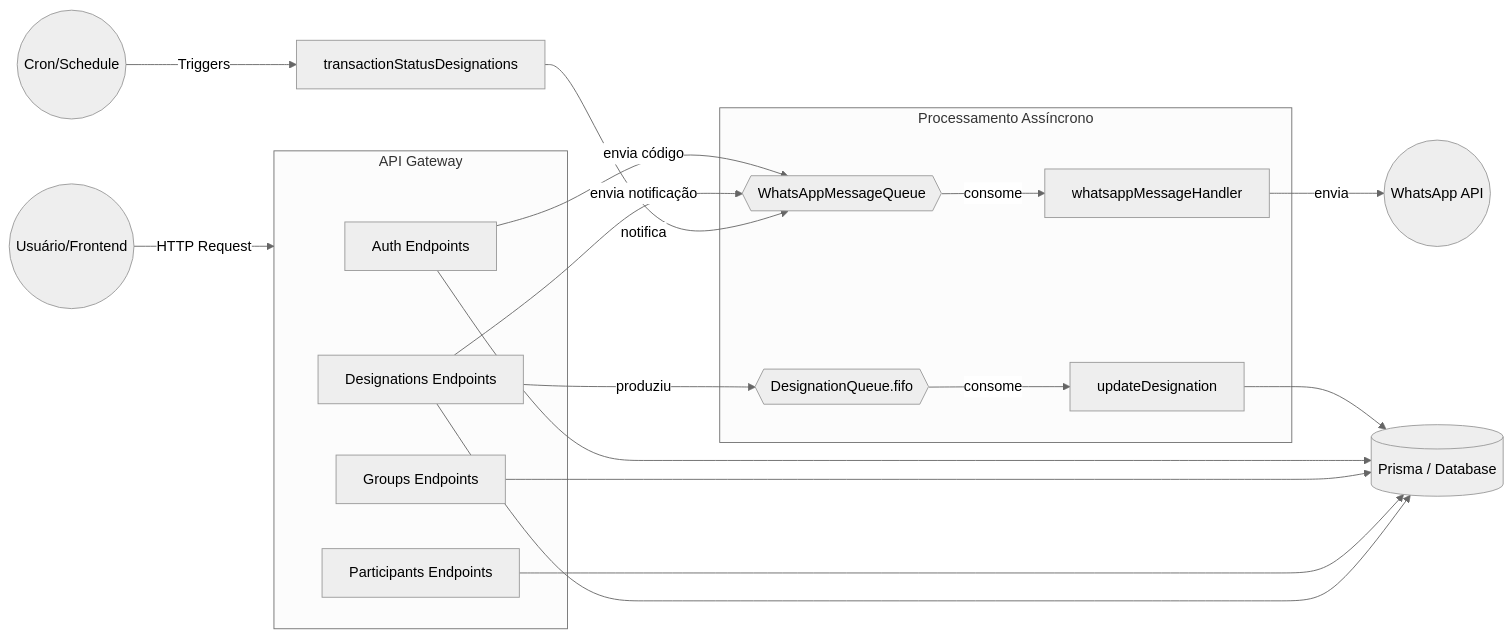
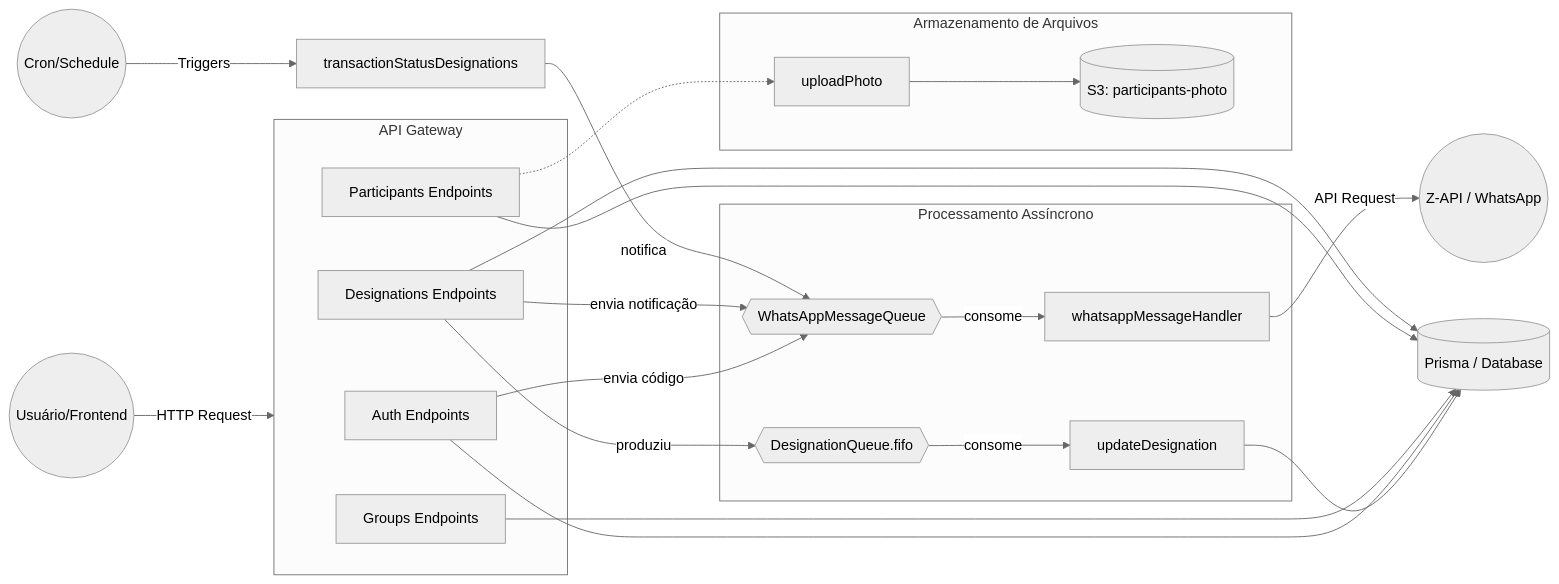
The first of 3 diagrams in docs/architecture.md (TPE-SOROCABA/api), drawn with Mermaid (neutral theme) before and after one commit. The commit also changed 1 other file, not shown here.

Commit message:
update da arquitetura

````diff
--- a/docs/architecture.md
+++ b/docs/architecture.md
@@ -7,46 +7,53 @@
 ```mermaid
 graph LR
     %% Atores
     User((Usuário/Frontend))
     CronAgent((Cron/Schedule))
 
     %% Camada de API
     subgraph API_Gateway [API Gateway]
         AuthFuncs[Auth Endpoints]
         GroupFuncs[Groups Endpoints]
         PartFuncs[Participants Endpoints]
         DesigFuncs[Designations Endpoints]
     end
 
     %% Processamento Assíncrono
     subgraph Async_Layer [Processamento Assíncrono]
         DesigQueue{{DesignationQueue.fifo}}
         WhatsAppQueue{{WhatsAppMessageQueue}}
         UpdateDesigLambda[updateDesignation]
         WhatsAppLambda[whatsappMessageHandler]
     end
 
     %% Fluxos de Entrada
     User -- HTTP Request --> API_Gateway
     CronAgent -- Triggers --> transactionStatusDesignations[transactionStatusDesignations]
 
     %% Relacionamentos de Saída
     DesigFuncs -- produziu --> DesigQueue
     DesigQueue -- consome --> UpdateDesigLambda
     
     AuthFuncs -- envia código --> WhatsAppQueue
     DesigFuncs -- envia notificação --> WhatsAppQueue
     transactionStatusDesignations -- notifica --> WhatsAppQueue
     
     WhatsAppQueue -- consome --> WhatsAppLambda
 
     %% Armazenamento
     UpdateDesigLambda --> DB[(Prisma / Database)]
     AuthFuncs --> DB
     GroupFuncs --> DB
     PartFuncs --> DB
     DesigFuncs --> DB
     
-    %% Saída Externa
-    WhatsAppLambda -- envia --> WA_Provider((WhatsApp API))
+    %% Saída Externa e Integrações
+    WhatsAppLambda -- API Request --> Z_API((Z-API / WhatsApp))
+    
+    subgraph Storage [Armazenamento de Arquivos]
+        uploadPhoto[uploadPhoto]
+        S3Bucket[(S3: participants-photo)]
+        uploadPhoto --> S3Bucket
+    end
+    PartFuncs -.-> uploadPhoto
 ```
````
